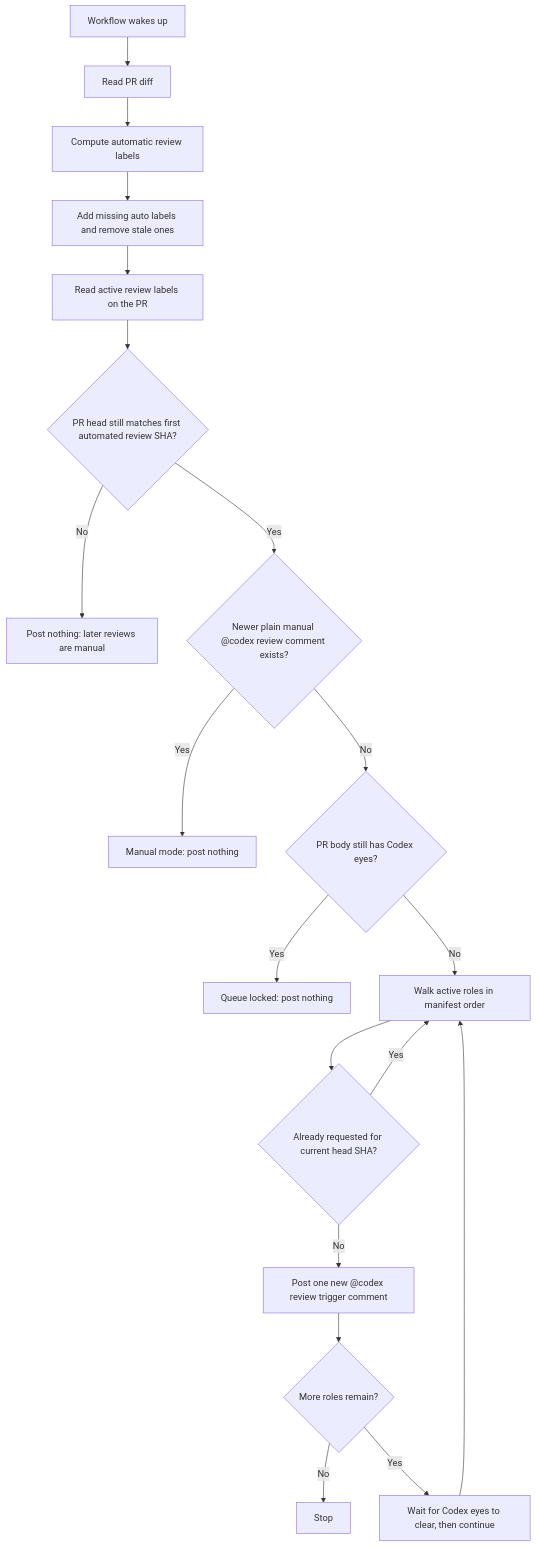
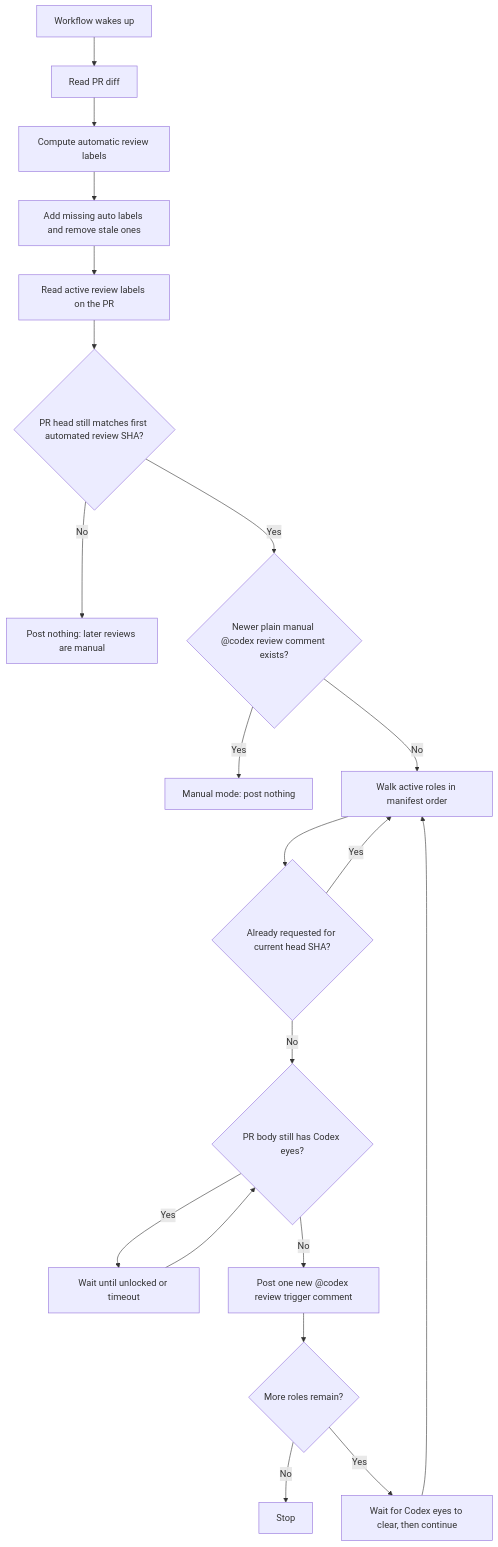
One commit to jaharris87/fTimer changed the first of 4 diagrams in docs/workflows/codex-review-flow.md. Above: the diagram before and after it, drawn with Mermaid. The commit also changed other lines of this file and 1 other file, not shown here.

Commit message:
Address review feedback on lock patch

````diff
--- a/docs/workflows/codex-review-flow.md
+++ b/docs/workflows/codex-review-flow.md
@@ -38,21 +38,22 @@
 ```mermaid
 flowchart TD
     A["Workflow wakes up"] --> B["Read PR diff"]
     B --> C["Compute automatic review labels"]
     C --> D["Add missing auto labels and remove stale ones"]
     D --> E["Read active review labels on the PR"]
     E --> F{"PR head still matches first automated review SHA?"}
     F -->|"No"| G["Post nothing: later reviews are manual"]
     F -->|"Yes"| H{"Newer plain manual @codex review comment exists?"}
     H -->|"Yes"| I["Manual mode: post nothing"]
-    H -->|"No"| J{"PR body still has Codex eyes?"}
-    J -->|"Yes"| K["Queue locked: post nothing"]
-    J -->|"No"| L["Walk active roles in manifest order"]
+    H -->|"No"| L["Walk active roles in manifest order"]
     L --> M{"Already requested for current head SHA?"}
     M -->|"Yes"| L
-    M -->|"No"| N["Post one new @codex review trigger comment"]
+    M -->|"No"| J{"PR body still has Codex eyes?"}
+    J -->|"Yes"| K["Wait until unlocked or timeout"]
+    K --> J
+    J -->|"No"| N["Post one new @codex review trigger comment"]
     N --> O{"More roles remain?"}
     O -->|"No"| P["Stop"]
     O -->|"Yes"| Q["Wait for Codex eyes to clear, then continue"]
     Q --> L
 ```
````
